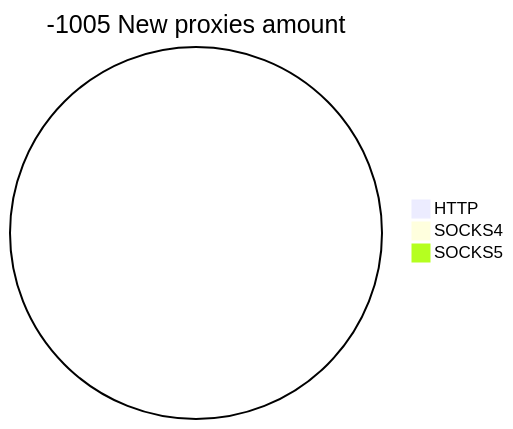
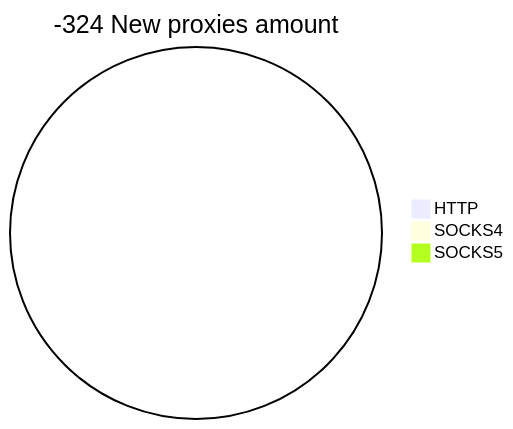
Before and after one commit to cutipu/proxylist: the second of 2 diagrams in README.md, drawn with Mermaid. The commit also changed other lines of this file, not shown here.

````diff
--- a/README.md
+++ b/README.md
@@ -10,6 +10,6 @@
 ```mermaid
-pie title -1005 New proxies amount
+pie title -324 New proxies amount
     "HTTP" : 0
     "SOCKS4" : 0
     "SOCKS5" : 0
 ```
````
